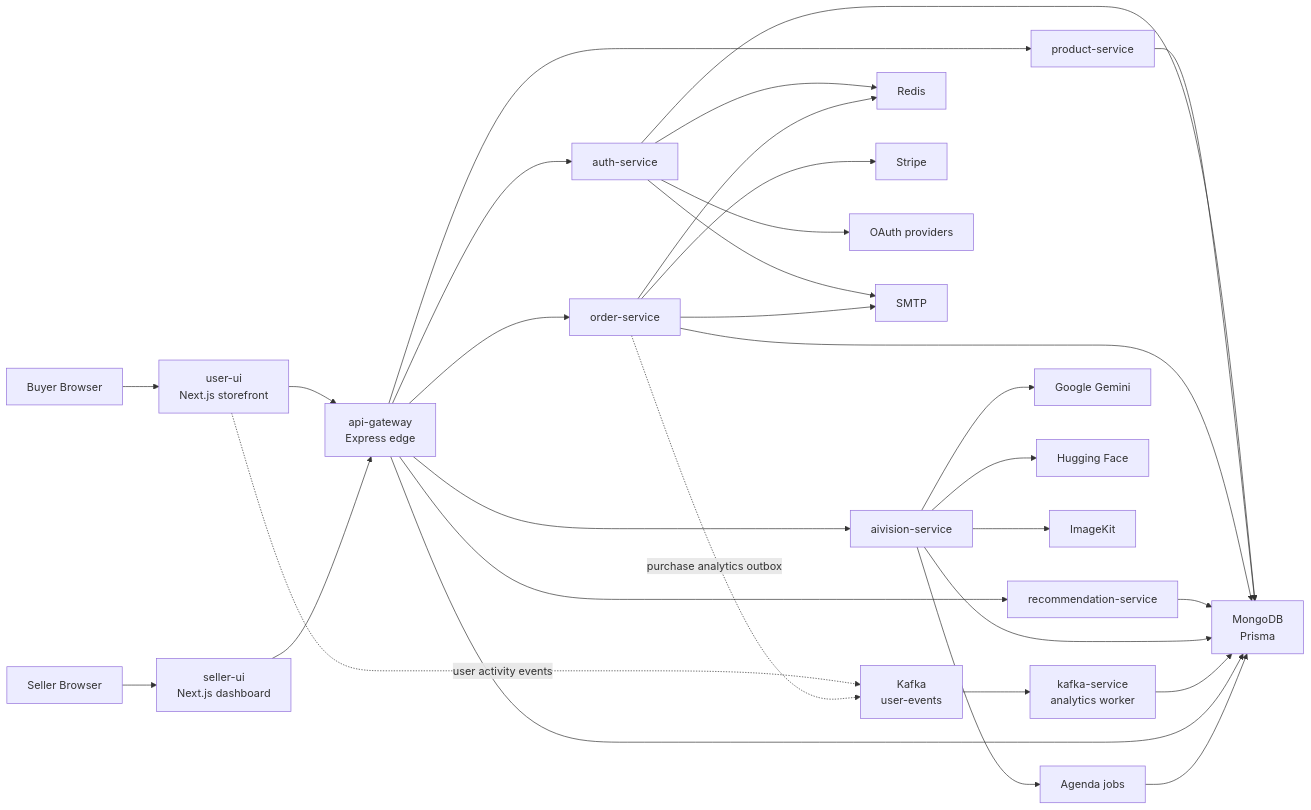
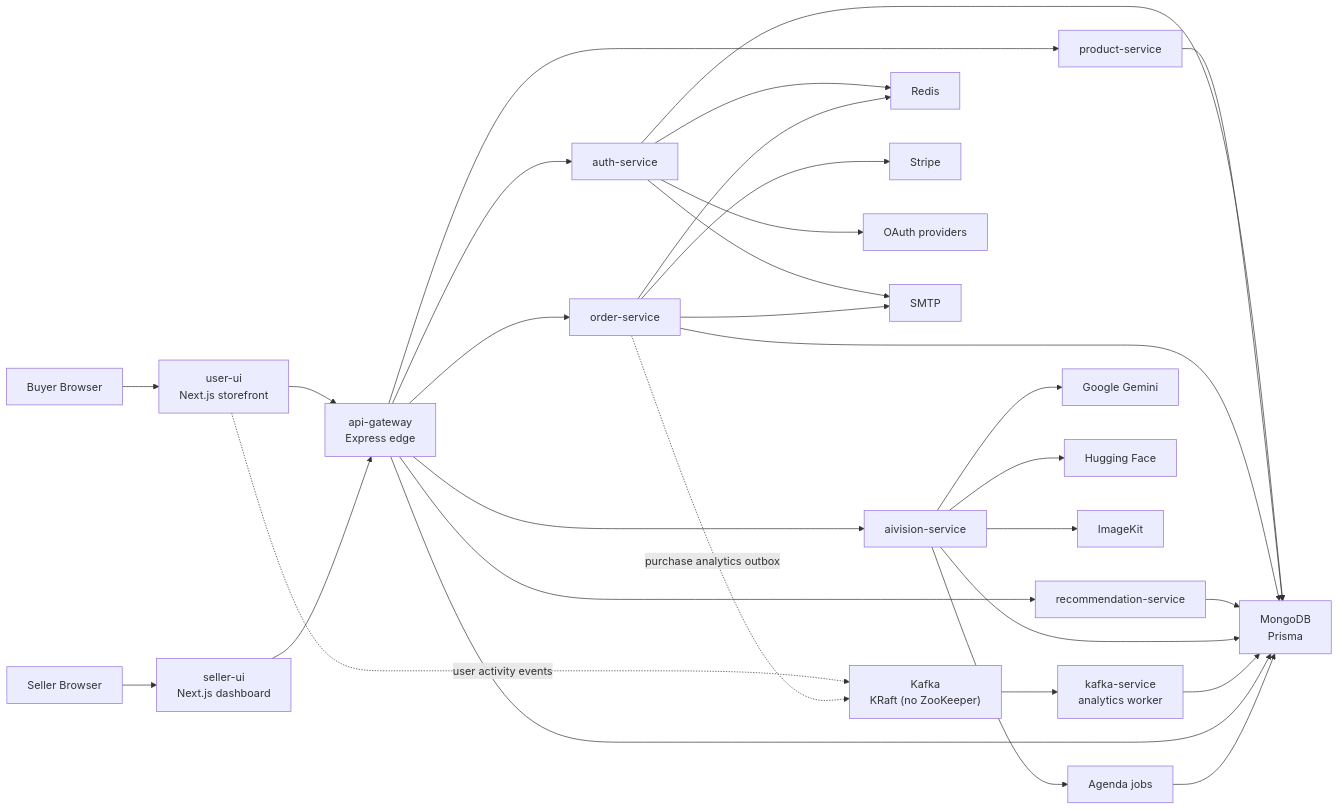
One commit to aditya-deokar/artistry-cart changed the first of 10 diagrams in README.md. Above: the diagram before and after it, drawn with Mermaid. The commit also changed other lines of this file and 20 other files, not shown here.

Commit message:
docs: add comprehensive documentation for architecture, local development, and service workflows

````diff
--- a/README.md
+++ b/README.md
@@ -58,39 +65,39 @@
 ```mermaid
 flowchart LR
     Buyer["Buyer Browser"] --> UserUI["user-ui<br/>Next.js storefront"]
     Seller["Seller Browser"] --> SellerUI["seller-ui<br/>Next.js dashboard"]
 
     UserUI --> Gateway["api-gateway<br/>Express edge"]
     SellerUI --> Gateway
 
     Gateway --> Auth["auth-service"]
     Gateway --> Product["product-service"]
     Gateway --> Order["order-service"]
     Gateway --> Reco["recommendation-service"]
     Gateway --> AIV["aivision-service"]
 
-    UserUI -. "user activity events" .-> Kafka["Kafka<br/>user-events"]
+    UserUI -. "user activity events" .-> Kafka["Kafka<br/>KRaft (no ZooKeeper)"]
     Order -. "purchase analytics outbox" .-> Kafka
     Kafka --> Worker["kafka-service<br/>analytics worker"]
 
     Auth --> Mongo["MongoDB<br/>Prisma"]
     Product --> Mongo
     Order --> Mongo
     Reco --> Mongo
     AIV --> Mongo
     Worker --> Mongo
     Gateway --> Mongo
 
     Auth --> Redis["Redis"]
     Order --> Redis
 
     Order --> Stripe["Stripe"]
     Auth --> OAuth["OAuth providers"]
     Auth --> SMTP["SMTP"]
     Order --> SMTP
     AIV --> Gemini["Google Gemini"]
     AIV --> HF["Hugging Face"]
     AIV --> ImageKit["ImageKit"]
     AIV --> Agenda["Agenda jobs"]
     Agenda --> Mongo
 ```
````
